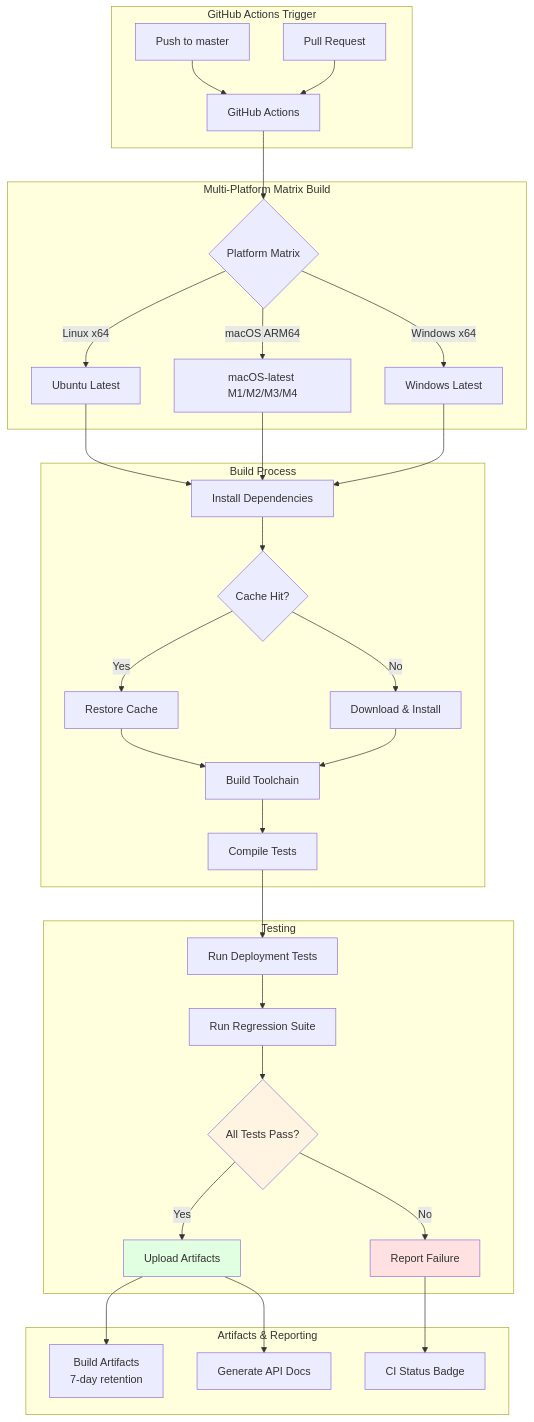
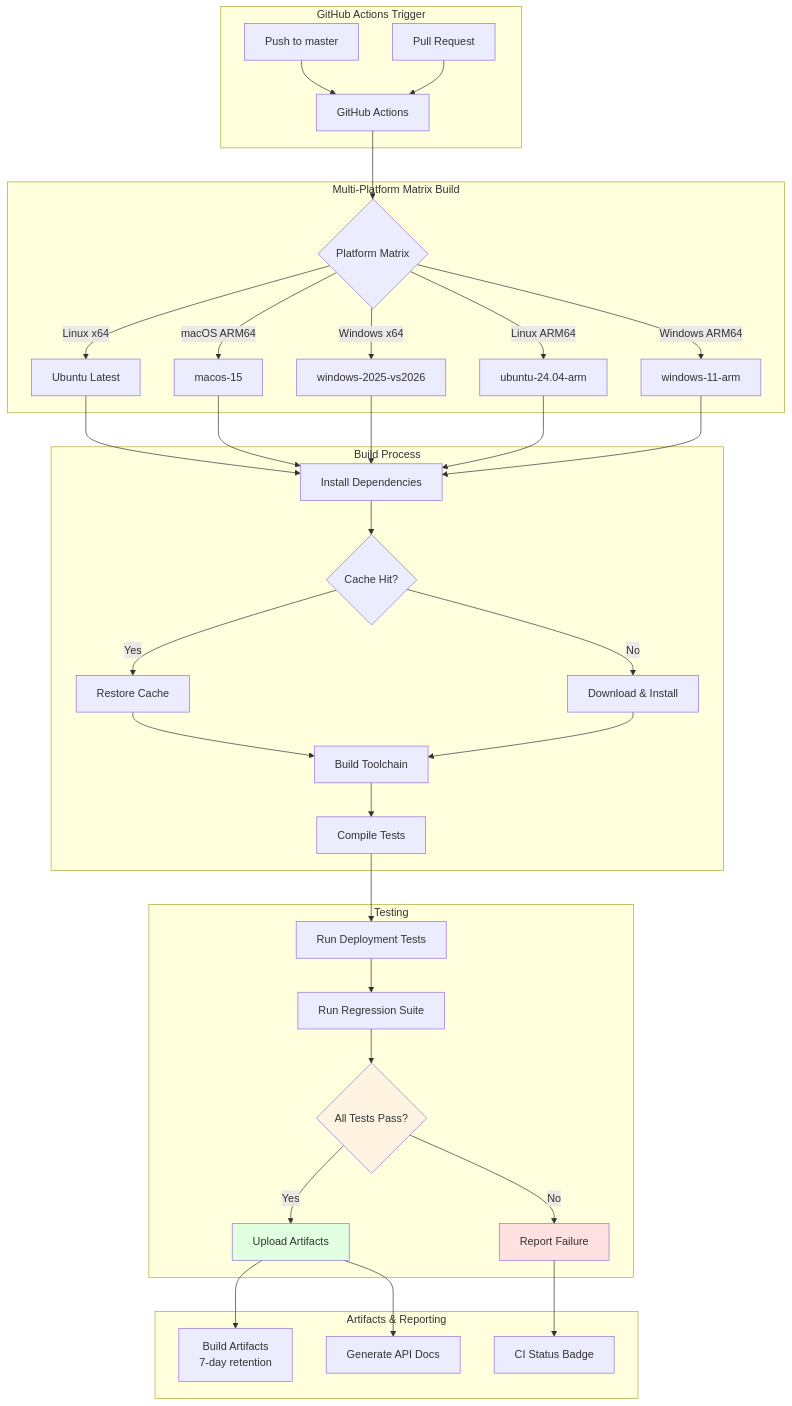
Diagram 15 of 24 in docs/architecture.md (objeck/objeck-lang), drawn with Mermaid before and after one commit. The commit also changed other lines of this file and 8 other files, not shown here.

First line of the commit message:
docs: refresh architecture, JIT and index docs

````diff
--- a/docs/architecture.md
+++ b/docs/architecture.md
@@ -757,45 +767,47 @@
 ```mermaid
 graph TB
     subgraph "GitHub Actions Trigger"
         A[Push to master] --> B[GitHub Actions]
         C[Pull Request] --> B
     end
 
     subgraph "Multi-Platform Matrix Build"
         B --> D{Platform Matrix}
 
         D -->|Linux x64| E1[Ubuntu Latest]
-        D -->|macOS ARM64| E2[macOS-latest M1/M2/M3/M4]
-        D -->|Windows x64| E3[Windows Latest]
+        D -->|Linux ARM64| E4[ubuntu-24.04-arm]
+        D -->|macOS ARM64| E2[macos-15]
+        D -->|Windows x64| E3[windows-2025-vs2026]
+        D -->|Windows ARM64| E5[windows-11-arm]
     end
 
     subgraph "Build Process"
-        E1 & E2 & E3 --> F[Install Dependencies]
+        E1 & E2 & E3 & E4 & E5 --> F[Install Dependencies]
 
         F --> G{Cache Hit?}
         G -->|Yes| H[Restore Cache]
         G -->|No| I[Download & Install]
 
         H & I --> J[Build Toolchain]
         J --> K[Compile Tests]
     end
 
     subgraph "Testing"
         K --> L[Run Deployment Tests]
         L --> M[Run Regression Suite]
         M --> N{All Tests Pass?}
 
         N -->|Yes| O[Upload Artifacts]
         N -->|No| P[Report Failure]
     end
 
     subgraph "Artifacts & Reporting"
         O --> Q[Build Artifacts<br/>7-day retention]
         O --> R[Generate API Docs]
         P --> S[CI Status Badge]
     end
 
     style N fill:#fff4e1
     style O fill:#e1ffe1
     style P fill:#ffe1e1
 ```
````
